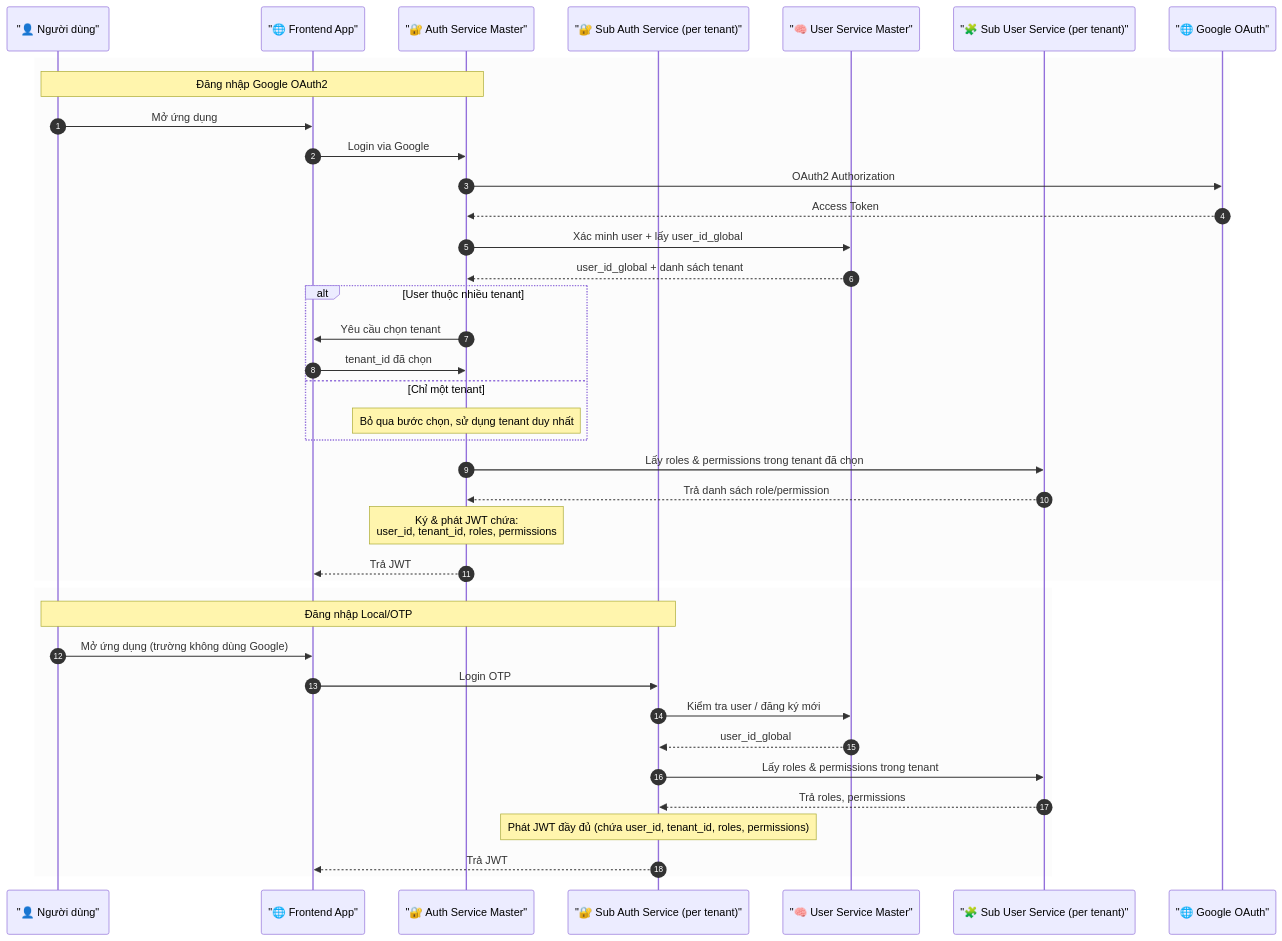
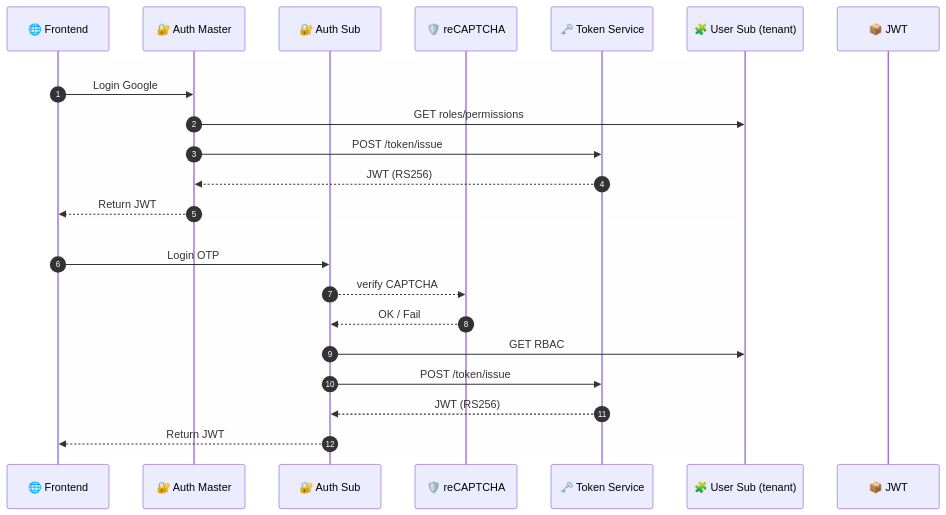
One commit to ezdesign-vn/dx-vas changed the fifth of 5 diagrams in docs/architecture/rbac-deep-dive.md. Above: the diagram before and after it, drawn with Mermaid. The commit also changed other lines of this file and 9 other files, not shown here.

````diff
--- a/docs/architecture/rbac-deep-dive.md
+++ b/docs/architecture/rbac-deep-dive.md
@@ -506,47 +652,29 @@
 ```mermaid
 sequenceDiagram
     autonumber
-    participant User as "👤 Người dùng"
-    participant Frontend as "🌐 Frontend App"
-    participant AuthM as "🔐 Auth Service Master"
-    participant AuthT as "🔐 Sub Auth Service (per tenant)"
-    participant UserMaster as "🧠 User Service Master"
-    participant UserSub as "🧩 Sub User Service (per tenant)"
-    participant Google as "🌐 Google OAuth"
+    participant FE as 🌐 Frontend
+    participant AuthM as 🔐 Auth Master
+    participant AuthT as 🔐 Auth Sub
+    participant Captcha as 🛡️ reCAPTCHA
+    participant TokenSvc as 🗝️ Token Service
+    participant UserSub as 🧩 User Sub (tenant)
+    participant JWT as 📦 JWT
 
-    rect rgba(220,220,220,0.1)
-        Note over User, AuthM: Đăng nhập Google OAuth2
-        User->>Frontend: Mở ứng dụng
-        Frontend->>AuthM: Login via Google
-        AuthM->>Google: OAuth2 Authorization
-        Google-->>AuthM: Access Token
-        AuthM->>UserMaster: Xác minh user + lấy user_id_global
-        UserMaster-->>AuthM: user_id_global + danh sách tenant
-
-        alt User thuộc nhiều tenant
-            AuthM->>Frontend: Yêu cầu chọn tenant
-            Frontend->>AuthM: tenant_id đã chọn
-        else Chỉ một tenant
-            Note over AuthM: Bỏ qua bước chọn, sử dụng tenant duy nhất
-        end
-
-        AuthM->>UserSub: Lấy roles & permissions trong tenant đã chọn
-        UserSub-->>AuthM: Trả danh sách role/permission
-        
-        Note over AuthM: Ký & phát JWT chứa:<br>user_id, tenant_id, roles, permissions
-        AuthM-->>Frontend: Trả JWT
+    rect rgba(220,220,220,0.05)
+        FE->>AuthM: Login Google
+        AuthM->>UserSub: GET roles/permissions
+        AuthM->>TokenSvc: POST /token/issue
+        TokenSvc-->>AuthM: JWT (RS256)
+        AuthM-->>FE: Return JWT
     end
 
-    rect rgba(220,220,220,0.1)
-        Note over User, AuthT: Đăng nhập Local/OTP
-        User->>Frontend: Mở ứng dụng (trường không dùng Google)
-        Frontend->>AuthT: Login OTP
-        AuthT->>UserMaster: Kiểm tra user / đăng ký mới
-        UserMaster-->>AuthT: user_id_global
-        AuthT->>UserSub: Lấy roles & permissions trong tenant
-        UserSub-->>AuthT: Trả roles, permissions
-
-        Note over AuthT: Phát JWT đầy đủ (chứa user_id, tenant_id, roles, permissions)
-        AuthT-->>Frontend: Trả JWT
+    rect rgba(220,220,220,0.05)
+        FE->>AuthT: Login OTP
+        AuthT-->>Captcha: verify CAPTCHA
+        Captcha-->>AuthT: OK / Fail
+        AuthT->>UserSub: GET RBAC
+        AuthT->>TokenSvc: POST /token/issue
+        TokenSvc-->>AuthT: JWT (RS256)
+        AuthT-->>FE: Return JWT
     end
 ```
````
